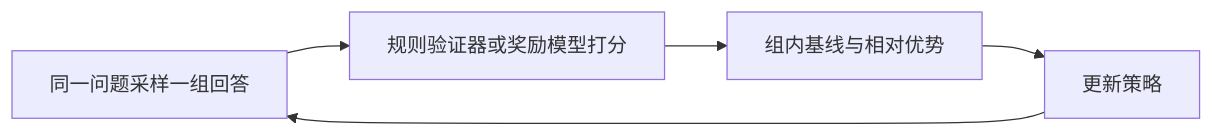
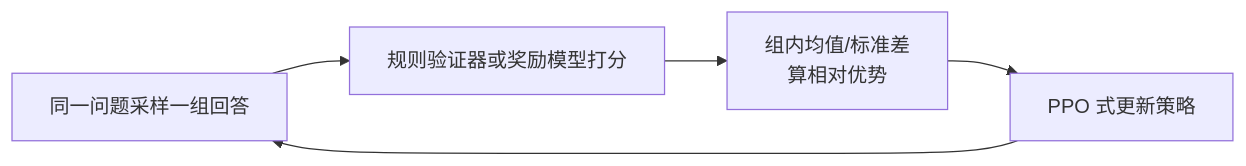
Before and after one commit to AI-learning-simple/Build-Your-Own-LLM: the third of 3 diagrams in 2. Alignment 与训练工程/5. 偏好学习（Preference Learning）——人类偏好的建模与优化.md, drawn with Mermaid. The commit also changed other lines of this file and 189 other files, not shown here.

````diff
--- a/2. Alignment 与训练工程/5. 偏好学习（Preference Learning）——人类偏好的建模与优化.md
+++ b/2. Alignment 与训练工程/5. 偏好学习（Preference Learning）——人类偏好的建模与优化.md
@@ -403,4 +597,7 @@
 ```mermaid
 flowchart LR
-    A[同一问题采样一组回答] --> B[规则验证器或奖励模型打分] --> C[组内基线与相对优势] --> D[更新策略] --> A
+    A[同一问题采样一组回答] --> B[规则验证器或奖励模型打分]
+    B --> C[组内均值/标准差<br/>算相对优势]
+    C --> D[PPO 式更新策略]
+    D --> A
 ```
````
